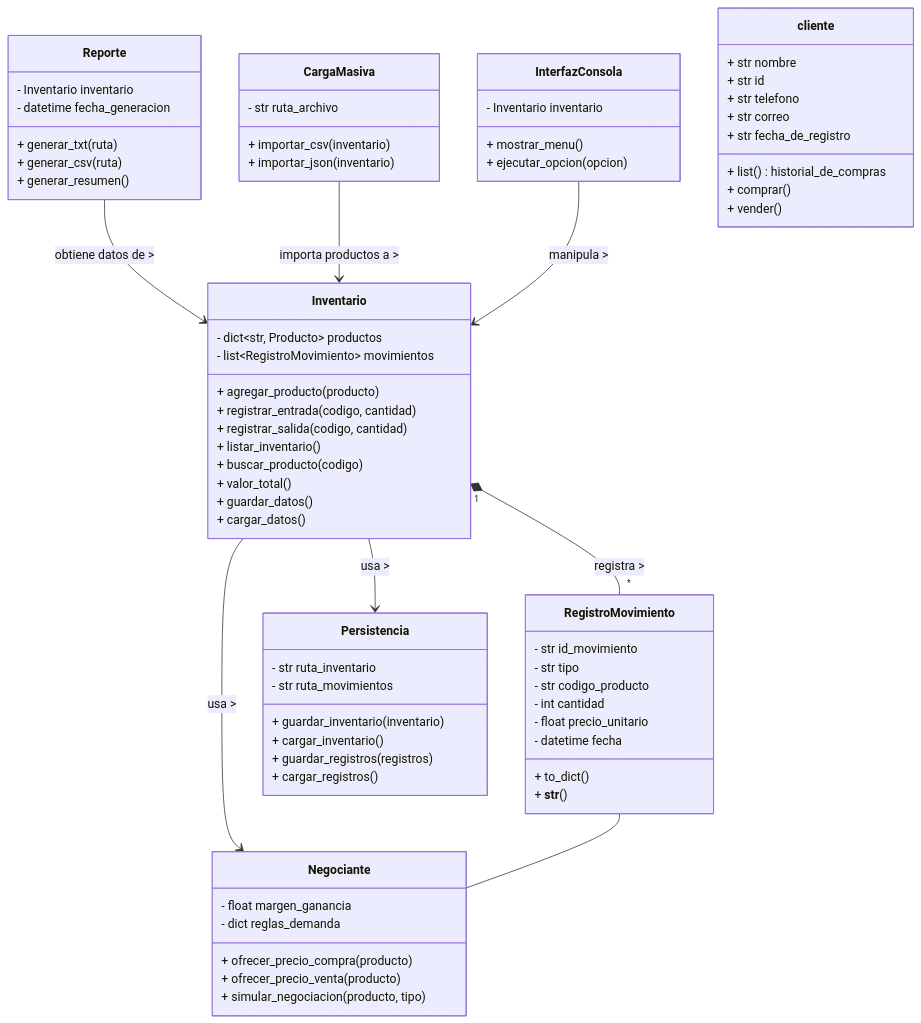
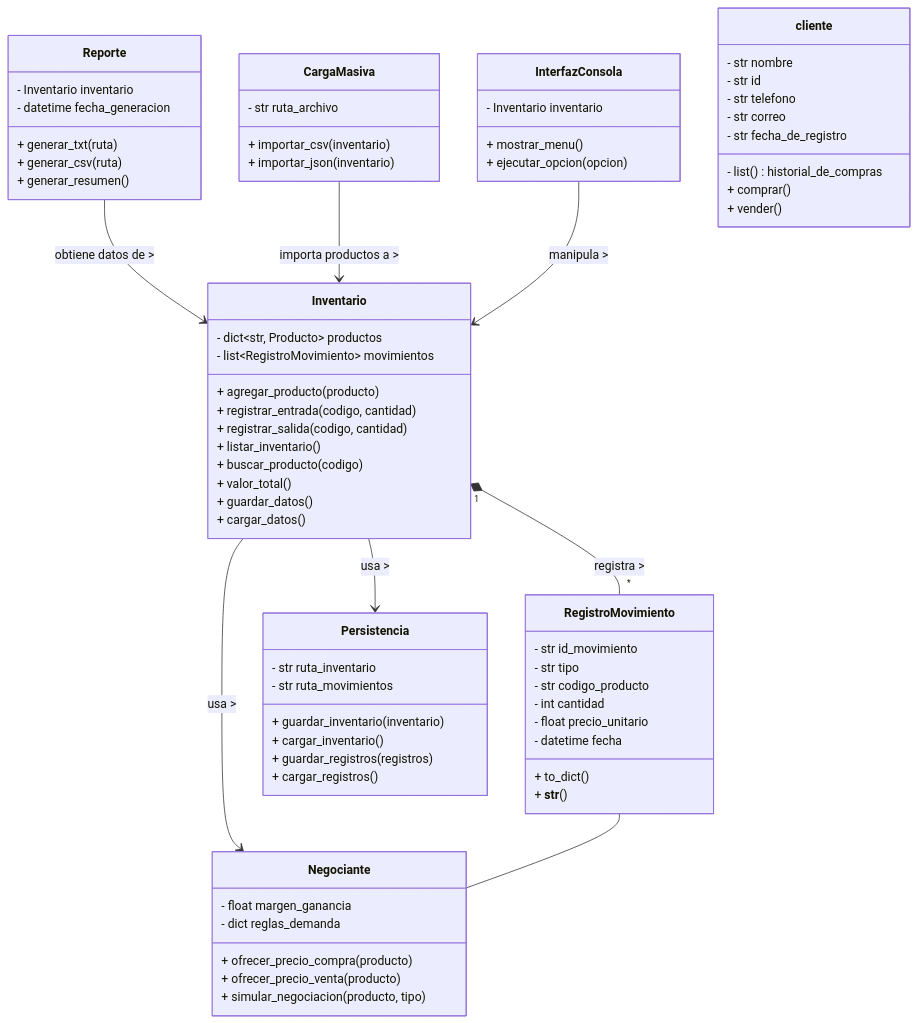
One commit to samuelmp26/Gaming-store- changed the first of 3 diagrams in README.md. Above: the diagram before and after it, drawn with Mermaid.

Commit message:
Fix formatting of cliente class attributes in README

`````diff
--- a/README.md
+++ b/README.md
@@ -25,81 +25,81 @@
  ````mermaid
 classDiagram
 direction TB
  class Inventario {
 	    - dict~str, Producto~ productos
 	    - list~RegistroMovimiento~ movimientos
 	    + agregar_producto(producto)
 	    + registrar_entrada(codigo, cantidad)
 	    + registrar_salida(codigo, cantidad)
 	    + listar_inventario()
 	    + buscar_producto(codigo)
 	    + valor_total()
 	    + guardar_datos()
 	    + cargar_datos()
     }
  class RegistroMovimiento {
 	    - str id_movimiento
 	    - str tipo
 	    - str codigo_producto
 	    - int cantidad
 	    - float precio_unitario
 	    - datetime fecha
 	    + to_dict()
 	    + __str__()
     }
  class Persistencia {
 	    - str ruta_inventario
 	    - str ruta_movimientos
 	    + guardar_inventario(inventario)
 	    + cargar_inventario()
 	    + guardar_registros(registros)
 	    + cargar_registros()
     }
  class Reporte {
 	    - Inventario inventario
 	    - datetime fecha_generacion
 	    + generar_txt(ruta)
 	    + generar_csv(ruta)
 	    + generar_resumen()
     }
 
  class CargaMasiva {
 	    - str ruta_archivo
 	    + importar_csv(inventario)
 	    + importar_json(inventario)
     }
 
  class InterfazConsola {
 	    - Inventario inventario
 	    + mostrar_menu()
 	    + ejecutar_opcion(opcion)
  }
  class Negociante {
 	    - float margen_ganancia
 	    - dict reglas_demanda
 	    + ofrecer_precio_compra(producto)
 	    + ofrecer_precio_venta(producto)
 	    + simular_negociacion(producto, tipo)
     }
     class cliente{
-       + str nombre 
-       + str id 
-       + str telefono 
-       + str correo 
-       + str fecha_de_registro
-       + list() historial_de_compras
+       - str nombre 
+       - str id 
+       - str telefono 
+       - str correo 
+       - str fecha_de_registro
+       - list() historial_de_compras
 
        + comprar()
        + vender()
     }
 
     Inventario "1" *-- "*" RegistroMovimiento : registra >
     Inventario --> Persistencia : usa >
     Inventario --> Negociante : usa >
     Reporte --> Inventario : obtiene datos de >
     CargaMasiva --> Inventario : importa productos a >
     InterfazConsola --> Inventario : manipula >
     RegistroMovimiento -- Negociante
 
 
 ````
`````
